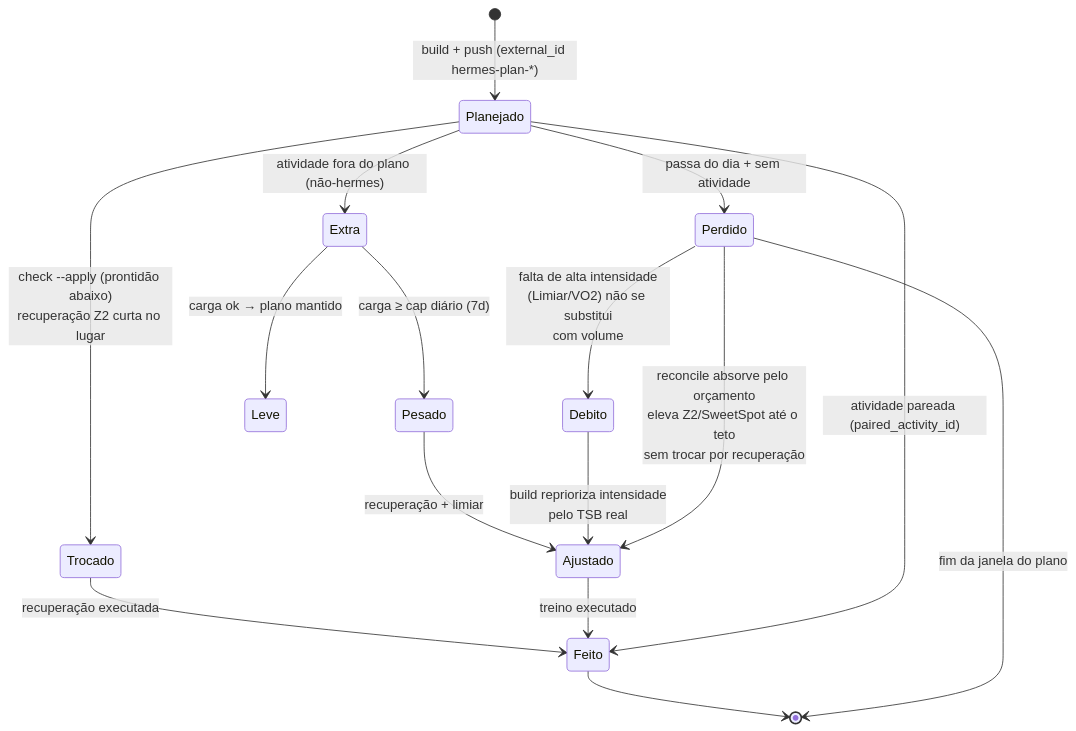
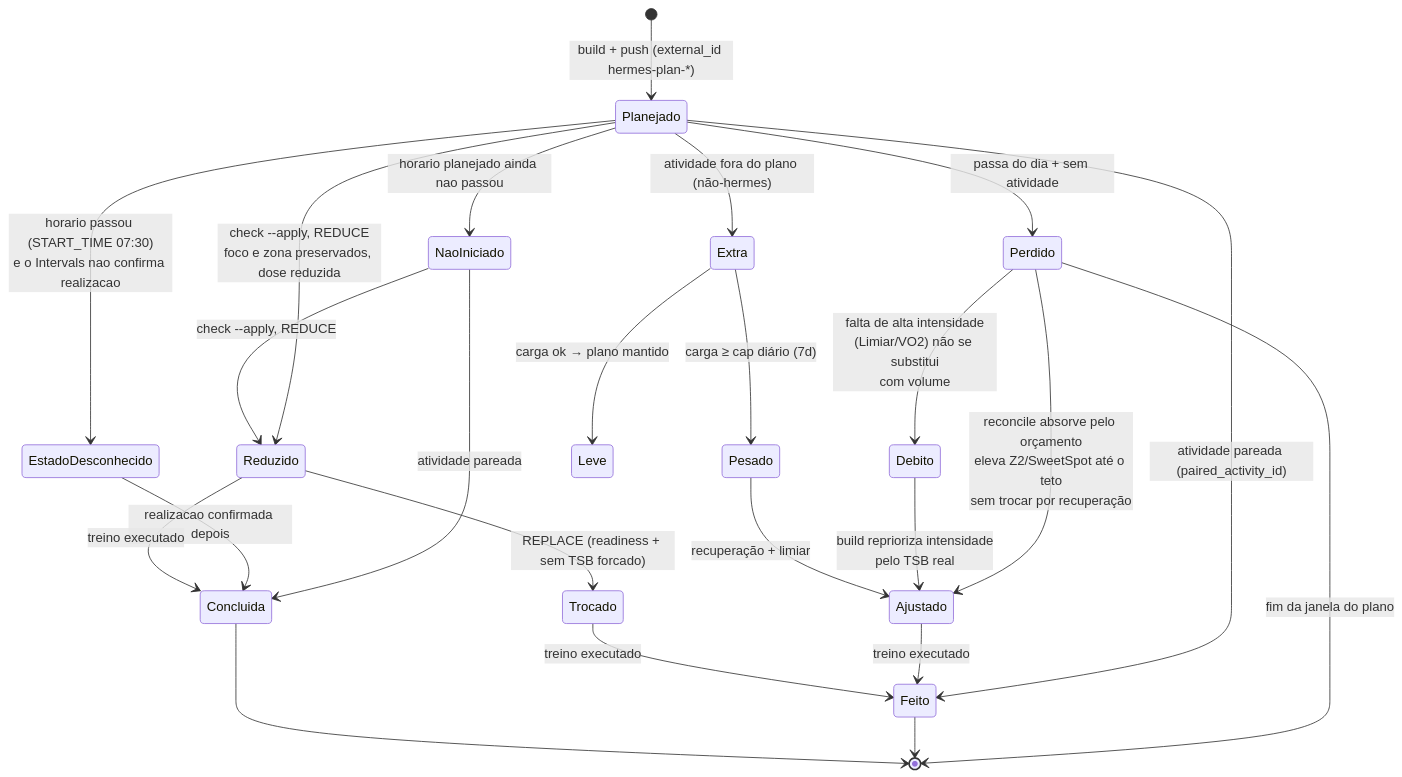
The sixth of 6 diagrams in docs/DIAGRAMAS.md (valdelin/Hermes-coach), drawn with Mermaid before and after one commit. The commit also changed other lines of this file and 14 other files, not shown here.

````diff
--- a/docs/DIAGRAMAS.md
+++ b/docs/DIAGRAMAS.md
@@ -342,18 +360,42 @@
 ```mermaid
 stateDiagram-v2
     [*] --> Planejado : build + push (external_id hermes-plan-*)
+
     Planejado --> Feito : atividade pareada (paired_activity_id)
     Planejado --> Perdido : passa do dia + sem atividade
-    Planejado --> Trocado : check --apply (prontidão abaixo)<br/>recuperação Z2 curta no lugar
+
+    %% Ciclo de execucao da sessao de hoje (session_execution_state).
+    %% "Em andamento" NAO e um estado que o Intervals confirme: so ha
+    %% realizacao via paired_activity_id. Ausencia de prova deixa o estado
+    %% desconhecido, para nao reescrever sessao em andamento.
+    Planejado --> NaoIniciado : horario planejado ainda nao passou
+    Planejado --> EstadoDesconhecido : horario passou (START_TIME 07:30)<br/>e o Intervals nao confirma realizacao
+    NaoIniciado --> Concluida : atividade pareada
+    EstadoDesconhecido --> Concluida : realizacao confirmada depois
+
+    %% Intervencao de prontidao: REDUCE, nao troca de foco.
+    %% Preserva o foco e a zona declarada; reduz dose (volume/duracao).
+    Planejado --> Reduzido : check --apply, REDUCE<br/>foco e zona preservados, dose reduzida
+    NaoIniciado --> Reduzido : check --apply, REDUCE
+    Reduzido --> Concluida : treino executado
+
+    %% REDUCE nunca troca por recuperacao; so REPLACE com ReadinessDecision
+    %% valido e TSB sem veto. Recuperacao curta entra como REPLACE explicito.
+    Reduzido --> Trocado : REPLACE (readiness + sem TSB forcado)
+
     Perdido --> Ajustado : reconcile absorve pelo orçamento<br/>eleva Z2/SweetSpot até o teto<br/>sem trocar por recuperação
     Perdido --> Debito : falta de alta intensidade<br/>(Limiar/VO2) não se substitui<br/>com volume
     Debito --> Ajustado : build reprioriza intensidade<br/>pelo TSB real
+
     Planejado --> Extra : atividade fora do plano (não-hermes)
     Extra --> Leve : carga ok → plano mantido
     Extra --> Pesado : carga ≥ cap diário (7d)
     Pesado --> Ajustado : recuperação + limiar
+
     Ajustado --> Feito : treino executado
-    Trocado --> Feito : recuperação executada
+    Trocado --> Feito : treino executado
+
     Perdido --> [*] : fim da janela do plano
     Feito --> [*]
+    Concluida --> [*]
 ```
````
